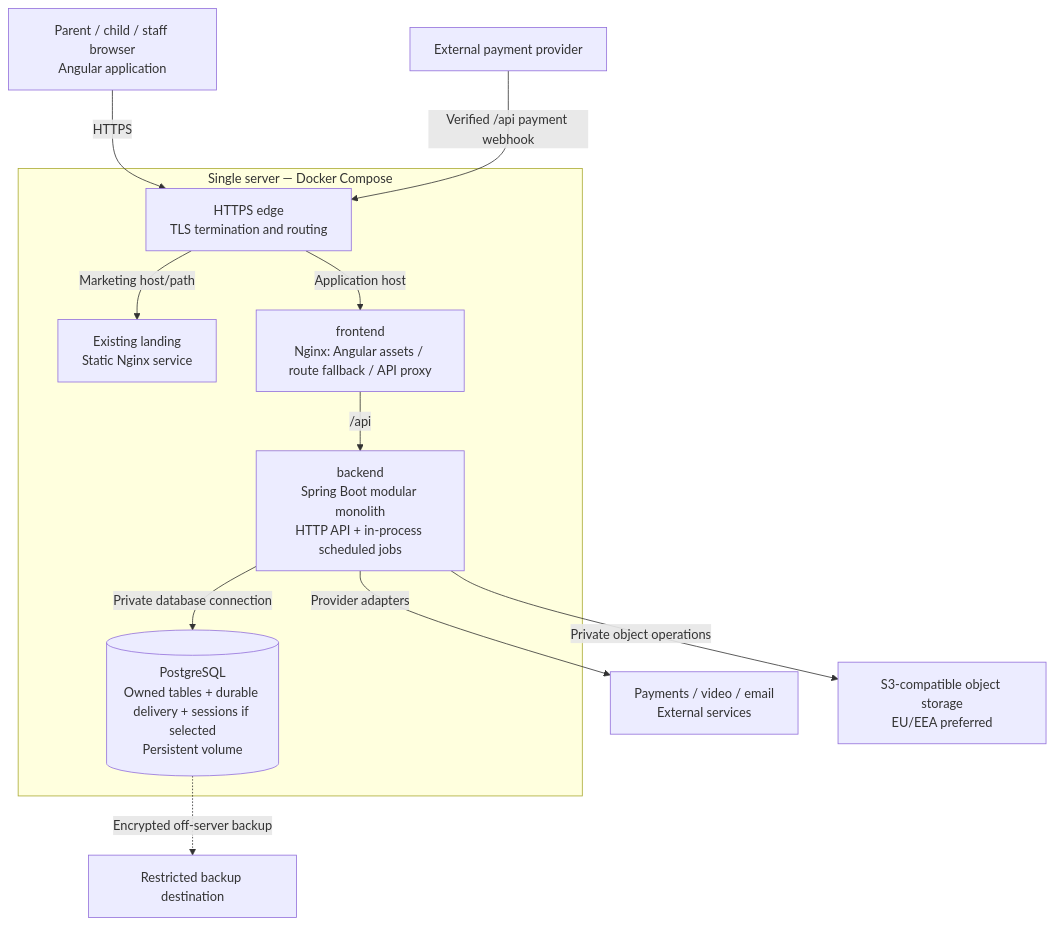
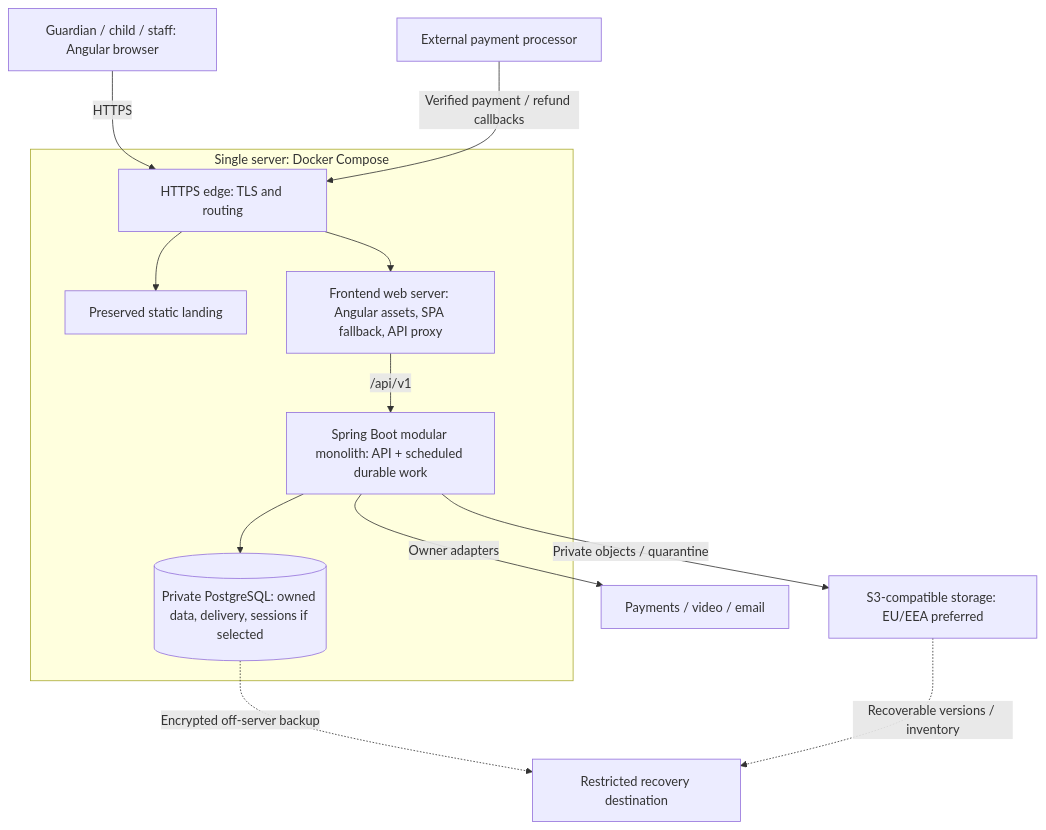
The second of 2 diagrams in docs/architecture/containers.md (mwanielista/umiemto), drawn with Mermaid before and after one commit. The commit also changed other lines of this file and 16 other files, not shown here.

````diff
--- a/docs/architecture/containers.md
+++ b/docs/architecture/containers.md
@@ -15,21 +18,22 @@
 ```mermaid
 flowchart TB
-    browser["Parent / child / staff browser\nAngular application"]
-    external["External payment provider"]
-    subgraph server["Single server — Docker Compose"]
-        edge["HTTPS edge\nTLS termination and routing"]
-        landing["Existing landing\nStatic Nginx service"]
-        frontend["frontend\nNginx: Angular assets / route fallback / API proxy"]
-        backend["backend\nSpring Boot modular monolith\nHTTP API + in-process scheduled jobs"]
-        db[("PostgreSQL\nOwned tables + durable delivery + sessions if selected\nPersistent volume")]
-        edge -->|"Marketing host/path"| landing
-        edge -->|"Application host"| frontend
-        frontend -->|"/api"| backend
-        backend -->|"Private database connection"| db
+    browser["Guardian / child / staff: Angular browser"]
+    payment["External payment processor"]
+    subgraph server["Single server: Docker Compose"]
+        edge["HTTPS edge: TLS and routing"]
+        landing["Preserved static landing"]
+        frontend["Frontend web server: Angular assets, SPA fallback, API proxy"]
+        backend["Spring Boot modular monolith: API + scheduled durable work"]
+        db[("Private PostgreSQL: owned data, delivery, sessions if selected")]
+        edge --> landing
+        edge --> frontend
+        frontend -->|"/api/v1"| backend
+        backend --> db
     end
     browser -->|"HTTPS"| edge
-    external -->|"Verified /api payment webhook"| edge
-    backend -->|"Provider adapters"| providers["Payments / video / email\nExternal services"]
-    backend -->|"Private object operations"| storage["S3-compatible object storage\nEU/EEA preferred"]
-    db -.->|"Encrypted off-server backup"| backup["Restricted backup destination"]
+    payment -->|"Verified payment / refund callbacks"| edge
+    backend -->|"Owner adapters"| providers["Payments / video / email"]
+    backend -->|"Private objects / quarantine"| storage["S3-compatible storage: EU/EEA preferred"]
+    db -.->|"Encrypted off-server backup"| backup["Restricted recovery destination"]
+    storage -.->|"Recoverable versions / inventory"| backup
 ```
````
